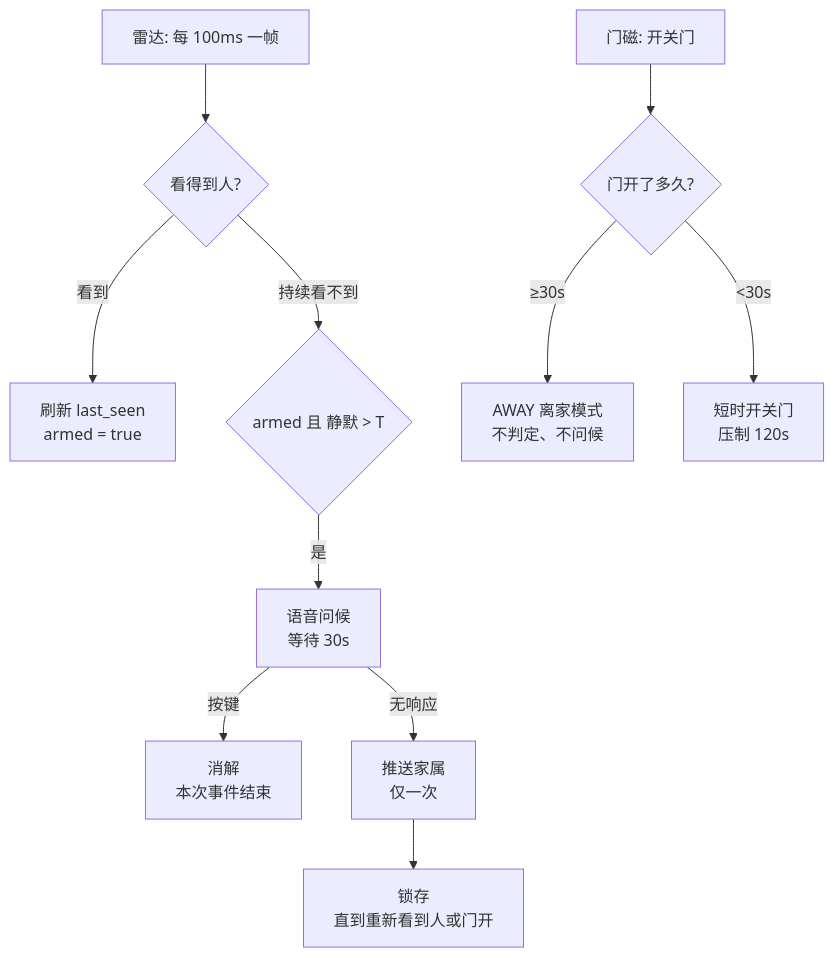
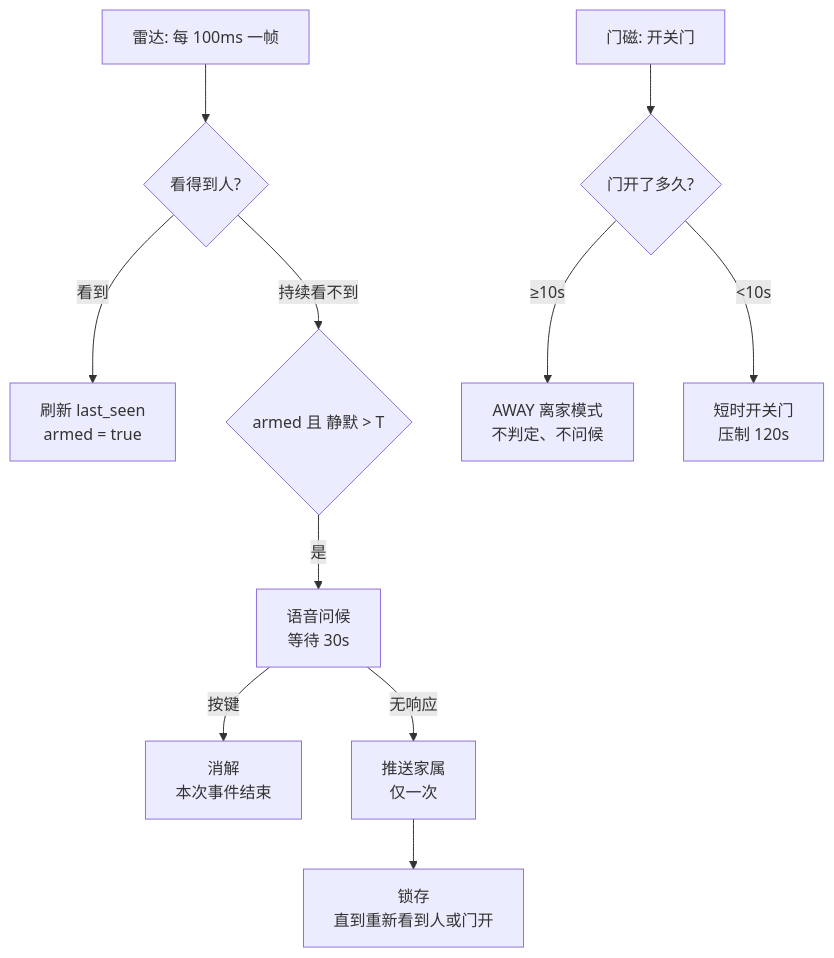
Before and after one commit to lsf06/Guardian-Star-Elderly-Care: the diagram in README.md, drawn with Mermaid. The commit also changed other lines of this file and 12 other files, not shown here.

````diff
--- a/README.md
+++ b/README.md
@@ -88,13 +91,13 @@
 ```mermaid
 flowchart TD
     A[雷达: 每 100ms 一帧] --> B{看得到人?}
     D[门磁: 开关门] --> C{门开了多久?}
     B -- 看到 --> E[刷新 last_seen<br/>armed = true]
     B -- 持续看不到 --> F{armed 且 静默 > T}
-    C -- ≥30s --> G[AWAY 离家模式<br/>不判定、不问候]
-    C -- <30s --> H[短时开关门<br/>压制 120s]
+    C -- ≥10s --> G[AWAY 离家模式<br/>不判定、不问候]
+    C -- <10s --> H[短时开关门<br/>压制 120s]
     F -- 是 --> I[语音问候<br/>等待 30s]
     I -- 按键 --> J[消解<br/>本次事件结束]
     I -- 无响应 --> K[推送家属<br/>仅一次]
     K --> L[锁存<br/>直到重新看到人或门开]
 ```
````
